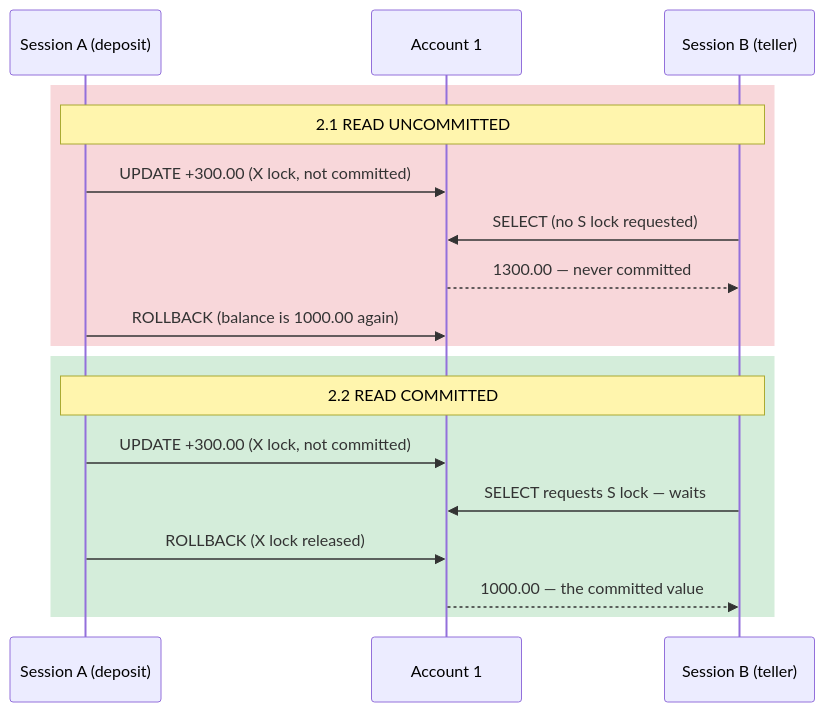
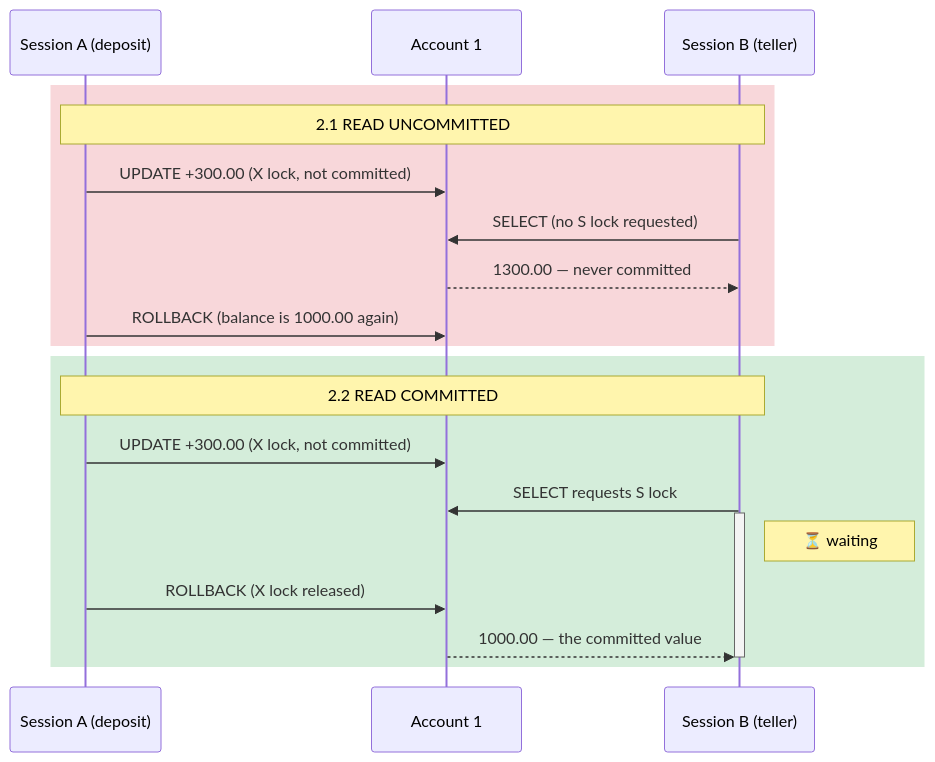
One commit to tjovic/database-design-labs-public changed the second of 6 diagrams in labs/lab10-concurrency.md. Above: the diagram before and after it, drawn with Mermaid. The commit also changed other lines of this file, not shown here.

````diff
--- a/labs/lab10-concurrency.md
+++ b/labs/lab10-concurrency.md
@@ -268,20 +367,23 @@
 ```mermaid
 sequenceDiagram
     participant A as Session A (deposit)
     participant R as Account 1
     participant B as Session B (teller)
     rect rgb(248, 215, 218)
     Note over A,B: 2.1 READ UNCOMMITTED
     A->>R: UPDATE +300.00 (X lock, not committed)
     B->>R: SELECT (no S lock requested)
     R-->>B: 1300.00 — never committed
     A->>R: ROLLBACK (balance is 1000.00 again)
     end
     rect rgb(212, 237, 218)
     Note over A,B: 2.2 READ COMMITTED
     A->>R: UPDATE +300.00 (X lock, not committed)
-    B->>R: SELECT requests S lock — waits
+    B->>R: SELECT requests S lock
+    activate B
+    Note right of B: ⏳ waiting
     A->>R: ROLLBACK (X lock released)
     R-->>B: 1000.00 — the committed value
+    deactivate B
     end
 ```
````
